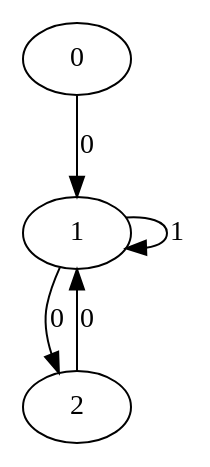
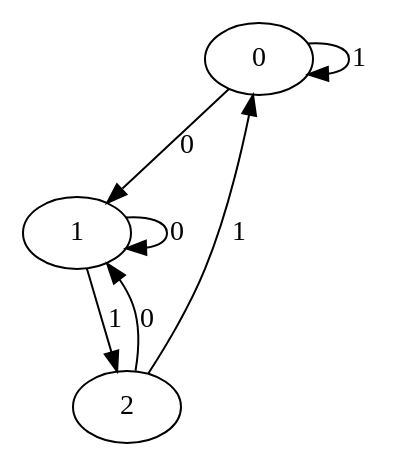
One commit to lezhnina-anna/TAiFA changed the diagram in Lab2/Lab2/test.dot. Above: the diagram before and after it, drawn with Graphviz. The commit also changed 5 other files, not shown here.

```diff
--- a/Lab2/Lab2/test.dot
+++ b/Lab2/Lab2/test.dot
@@ -1,9 +1,11 @@
 digraph G {
 0;
 1;
 2;
 0->1  [label=0, weight=0];
-1->2  [label=0, weight=0];
-1->1  [label=1, weight=1];
+0->0  [label=1, weight=1];
+1->1  [label=0, weight=0];
+1->2  [label=1, weight=1];
 2->1  [label=0, weight=0];
+2->0  [label=1, weight=1];
 }
```
